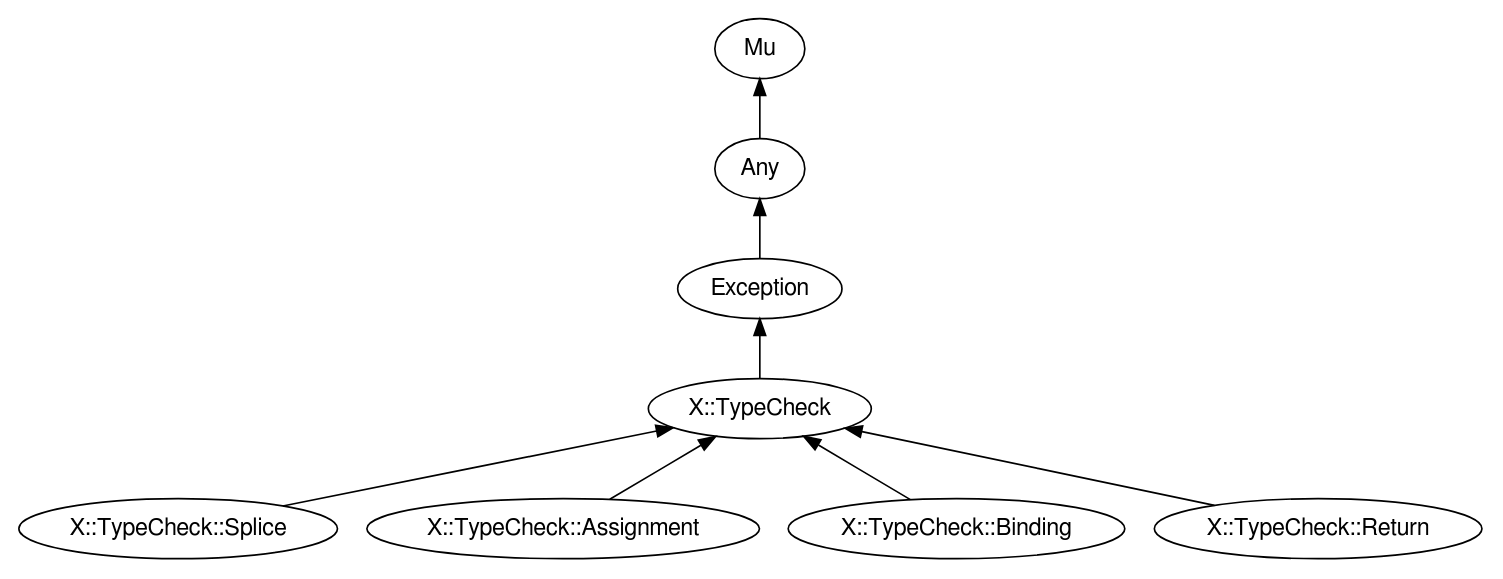
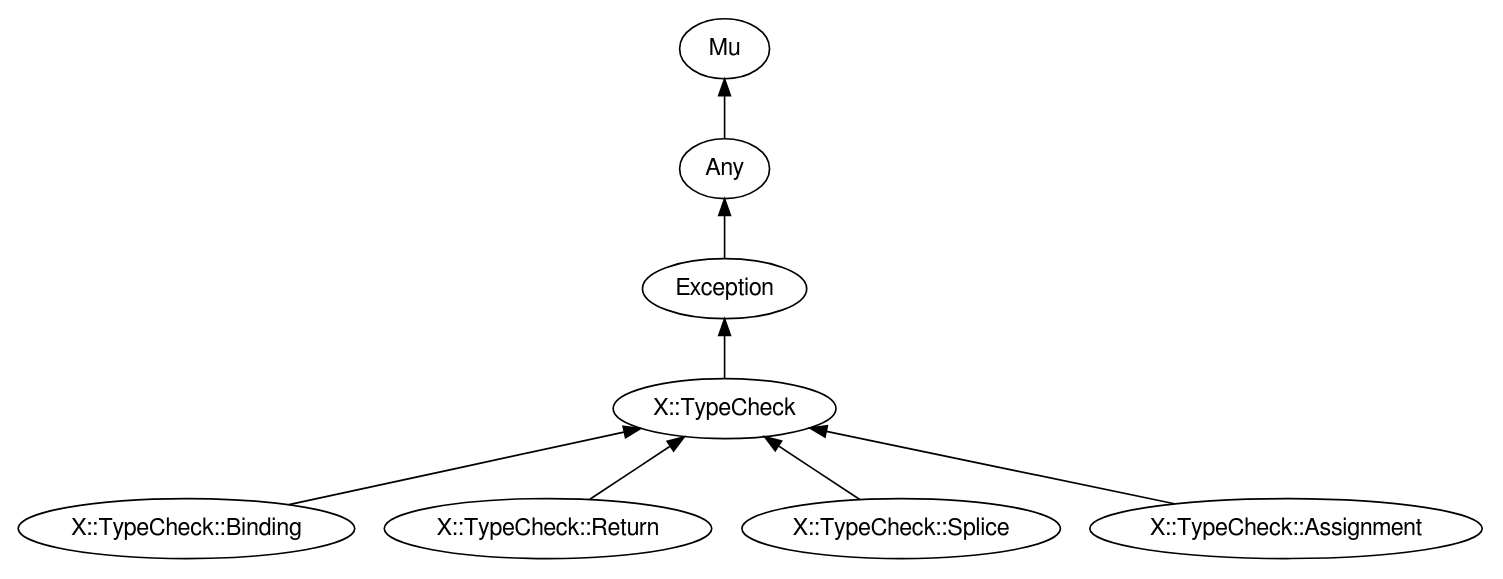
The diagram in images/type-graph-X::TypeCheck.svg.dot (perl6docs/perl6docs.github.io), drawn with Graphviz before and after one commit. The commit also changed other lines of this file and 1861 other files, not shown here.

```diff
--- a/images/type-graph-X::TypeCheck.svg.dot
+++ b/images/type-graph-X::TypeCheck.svg.dot
@@ -1,25 +1,25 @@
 digraph "perl6-type-graph" {
     rankdir=BT;
     splines=polyline;
     overlap=false; 
     // Types
     "X::TypeCheck" [color="#000000", fontcolor="#000000", href="/type/X::TypeCheck", fontname="FreeSans"];
     "Mu" [color="#000000", fontcolor="#000000", href="/type/Mu", fontname="FreeSans"];
     "Any" [color="#000000", fontcolor="#000000", href="/type/Any", fontname="FreeSans"];
     "Exception" [color="#000000", fontcolor="#000000", href="/type/Exception", fontname="FreeSans"];
+    "X::TypeCheck::Binding" [color="#000000", fontcolor="#000000", href="/type/X::TypeCheck::Binding", fontname="FreeSans"];
+    "X::TypeCheck::Return" [color="#000000", fontcolor="#000000", href="/type/X::TypeCheck::Return", fontname="FreeSans"];
     "X::TypeCheck::Splice" [color="#000000", fontcolor="#000000", href="/type/X::TypeCheck::Splice", fontname="FreeSans"];
     "X::TypeCheck::Assignment" [color="#000000", fontcolor="#000000", href="/type/X::TypeCheck::Assignment", fontname="FreeSans"];
-    "X::TypeCheck::Binding" [color="#000000", fontcolor="#000000", href="/type/X::TypeCheck::Binding", fontname="FreeSans"];
-    "X::TypeCheck::Return" [color="#000000", fontcolor="#000000", href="/type/X::TypeCheck::Return", fontname="FreeSans"];
 
     // Superclasses
     "X::TypeCheck" -> "Exception" [color="#000000"];
     "Any" -> "Mu" [color="#000000"];
     "Exception" -> "Any" [color="#000000"];
+    "X::TypeCheck::Binding" -> "X::TypeCheck" [color="#000000"];
+    "X::TypeCheck::Return" -> "X::TypeCheck" [color="#000000"];
     "X::TypeCheck::Splice" -> "X::TypeCheck" [color="#000000"];
     "X::TypeCheck::Assignment" -> "X::TypeCheck" [color="#000000"];
-    "X::TypeCheck::Binding" -> "X::TypeCheck" [color="#000000"];
-    "X::TypeCheck::Return" -> "X::TypeCheck" [color="#000000"];
 
     // Roles
 }
```
